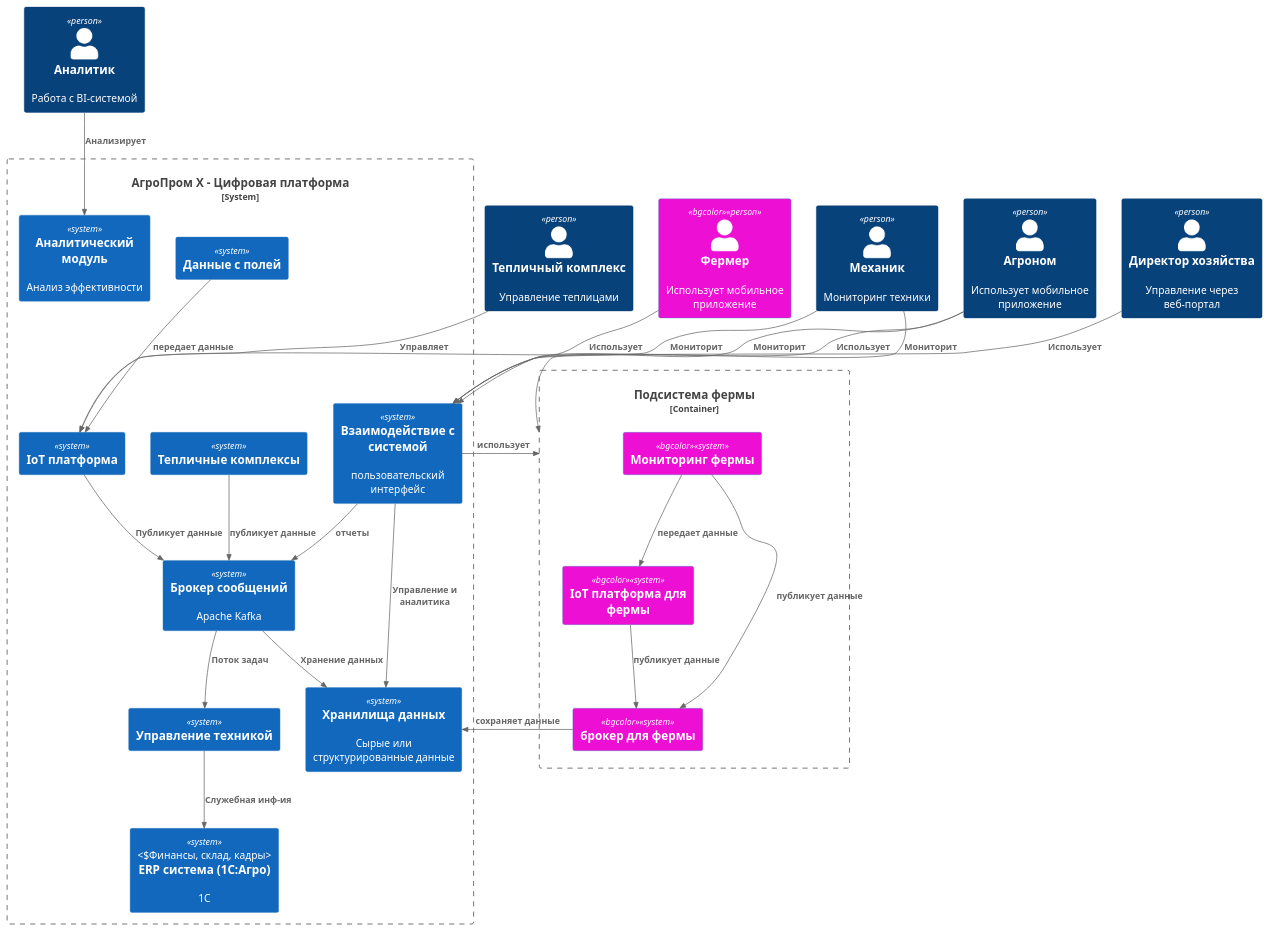
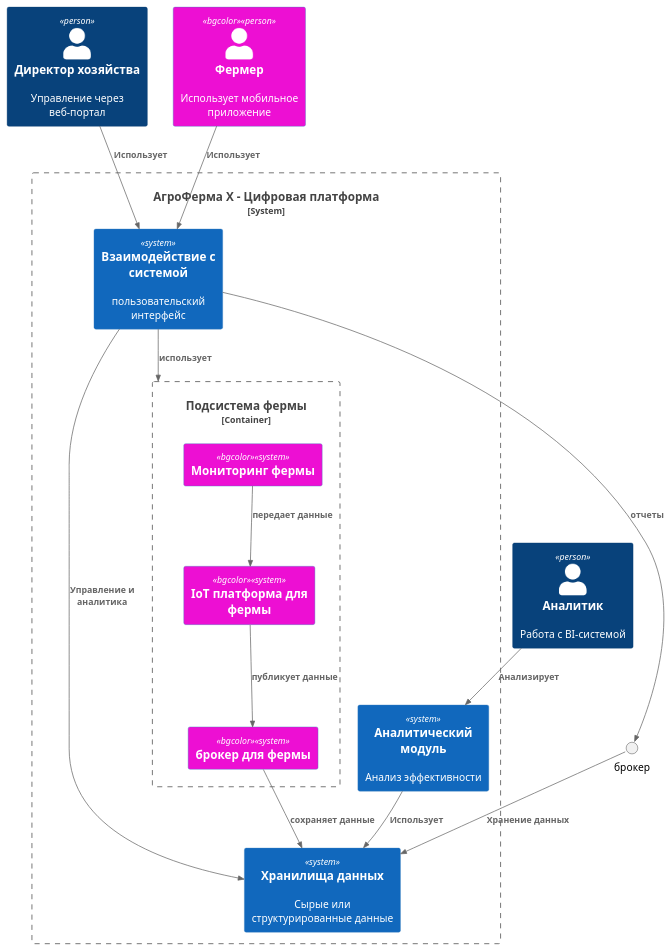
The diagram in Task1/c1_agrotech_new_fermer_system_alternative.puml (sharov-am/MSA-AgroTech), drawn with PlantUML before and after one commit. The commit also changed 3 other files, not shown here.

```diff
--- a/Task1/c1_agrotech_new_fermer_system_alternative.puml
+++ b/Task1/c1_agrotech_new_fermer_system_alternative.puml
@@ -1,64 +1,44 @@
 @startuml Архитектура_АгроТех_Системы_v4
 
 !include https://raw.githubusercontent.com/plantuml-stdlib/C4-PlantUML/master/C4_Container.puml
 
 ' === Участники ===
 AddSystemTag("bgcolor", $bgColor="#ed0fd3ff")
 
 Person(директор, "Директор хозяйства", "Управление через веб-портал")
-Person(агроном, "Агроном", "Использует мобильное приложение")
-Person(тепличник, "Тепличный комплекс", "Управление теплицами")
-Person(механик, "Механик", "Мониторинг техники")
 Person(аналитик, "Аналитик", "Работа с BI-системой")
 Person(фермер, "Фермер", "Использует мобильное приложение",$tags="bgcolor")
 
-System_Boundary(платформа, "АгроПром Х - Цифровая платформа") {
+System_Boundary(платформа, "АгроФерма Х - Цифровая платформа") {
     
-    System(erp, "ERP система (1С:Агро)", "1С", "Финансы, склад, кадры")
-    System(тепличные_системы, "Тепличные комплексы") 
-    System(брокер, "Брокер сообщений", "Apache Kafka")
-    System(iot_платформа, "IoT платформа") 
-    System(полевые_данные, "Данные с полей")
-    System(управление_техникой, "Управление техникой") 
     System(данные, "Хранилища данных","Сырые или структурированные данные") 
     System(аналитика, "Аналитический модуль",  "Анализ эффективности")
     System(ui, "Взаимодействие с системой", "пользовательский интерфейс")
-      
-}
-Container_Boundary(подсистема_фермы,"Подсистема фермы"){
-System(модуль_фермы, "Мониторинг фермы", $tags="bgcolor")
-System(ферма_iot_платформа, "IoT платформа для фермы", $tags="bgcolor") 
-System(ферма_брокер, "брокер для фермы", $tags="bgcolor") 
+    Container_Boundary(подсистема_фермы,"Подсистема фермы"){
+        System(модуль_фермы, "Мониторинг фермы", $tags="bgcolor")
+        System(ферма_iot_платформа, "IoT платформа для фермы", $tags="bgcolor") 
+        System(ферма_брокер, "брокер для фермы", $tags="bgcolor") 
 
 }
 
+      
+}
+
 ' === Взаимосвязи ===
-Rel(тепличные_системы, брокер, "публикует данные")
-
-Rel(полевые_данные, iot_платформа, "передает данные")
-Rel(iot_платформа, брокер, "Публикует данные")
 Rel(ui, брокер, "отчеты")
-Rel(брокер, управление_техникой, "Поток задач")
 Rel(брокер, данные, "Хранение данных")
-Rel(управление_техникой, erp, "Служебная инф-ия")
 Rel(ui, данные, "Управление и аналитика")
 
 ' === Взаимосвязи подсистемы фермы ===
 Rel(модуль_фермы, ферма_iot_платформа, "передает данные")
-Rel(модуль_фермы, ферма_брокер, "публикует данные")
 Rel(ферма_брокер, данные, "сохраняет данные")
 Rel(ферма_iot_платформа, ферма_брокер, "публикует данные")
 Rel(ui, подсистема_фермы, "использует")
+Rel(аналитика, данные, "Использует")
 
 ' === Взаимосвязи пользователей и сервисов===
 Rel(директор, ui, "Использует")
-Rel(агроном, ui, "Использует")
-Rel(механик, iot_платформа, "Мониторит")
-Rel(тепличник, iot_платформа, "Управляет")
 Rel(аналитик, аналитика, "Анализирует")
-Rel(агроном, ui, "Мониторит")
-Rel(механик, подсистема_фермы, "Мониторит")
-
 Rel(фермер, ui, "Использует")
 
 @enduml
```
